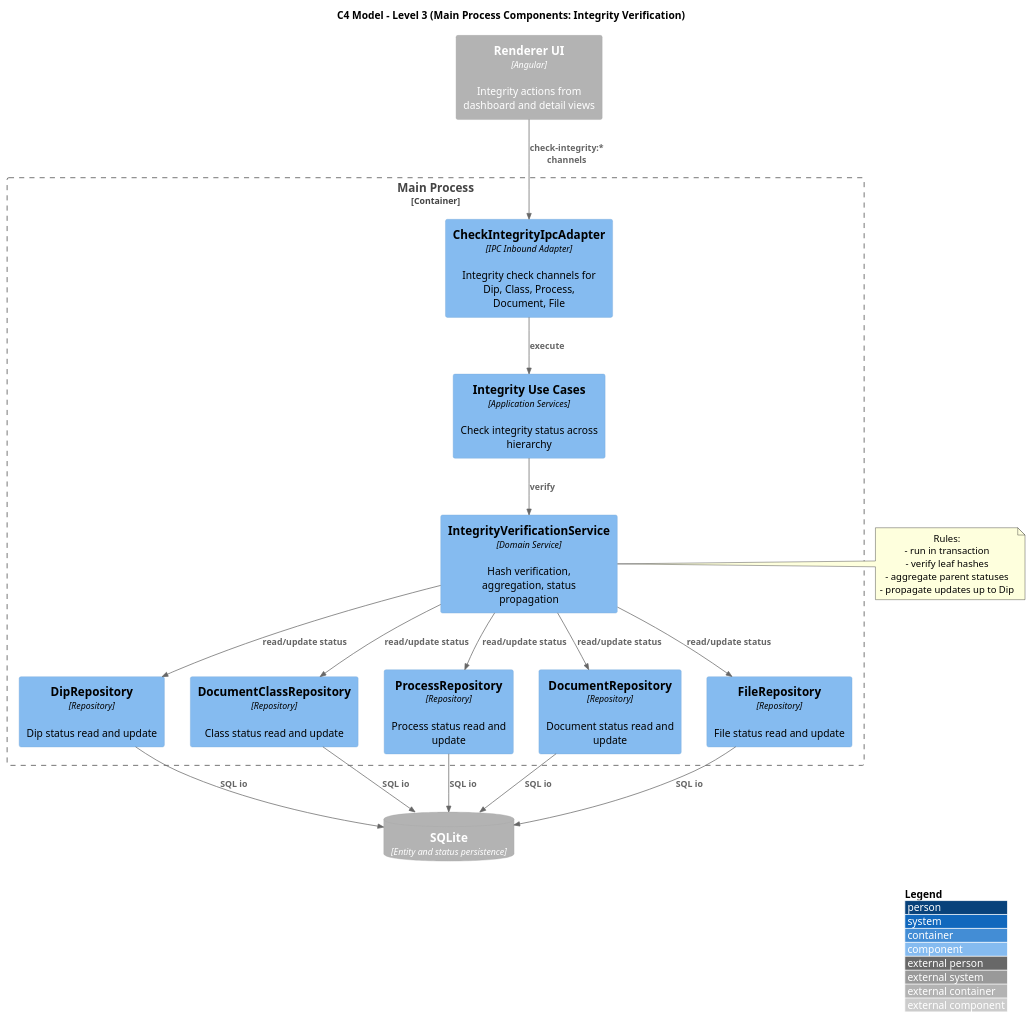
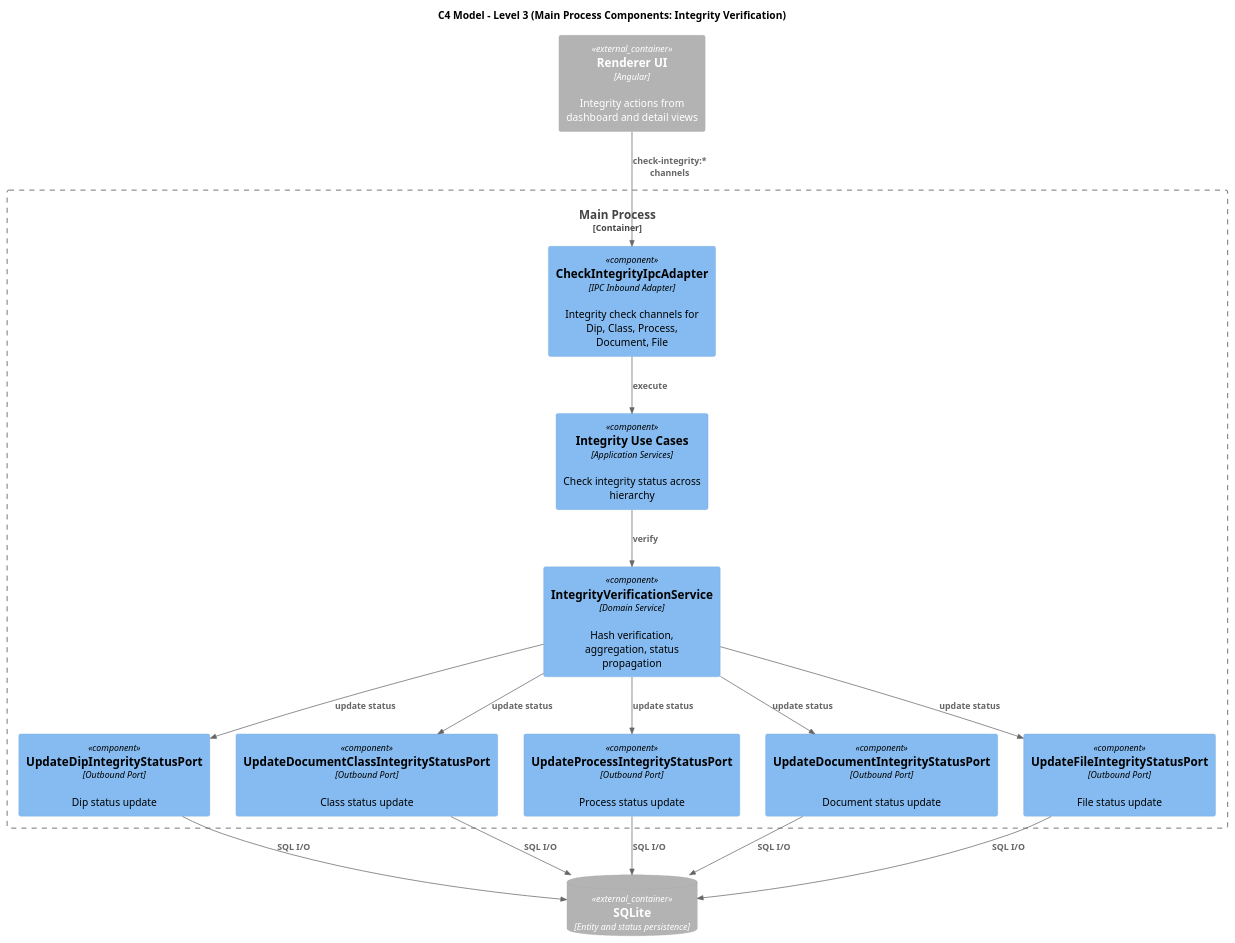
The diagram in 3_PB/DocumentiEsterni/DiagrammiSpecificaTecnica/generated_/architecture/c1-c3/C3-main-integrity-verification.puml (7-ZPUs/Docs), drawn with PlantUML before and after one commit. The commit also changed 8 other files, not shown here.

```diff
--- a/3_PB/DocumentiEsterni/DiagrammiSpecificaTecnica/generated_/architecture/c1-c3/C3-main-integrity-verification.puml
+++ b/3_PB/DocumentiEsterni/DiagrammiSpecificaTecnica/generated_/architecture/c1-c3/C3-main-integrity-verification.puml
@@ -1,47 +1,39 @@
 @startuml C3_Main_Integrity_Verification
 !includeurl https://raw.githubusercontent.com/plantuml-stdlib/C4-PlantUML/master/C4_Component.puml
 
 title C4 Model - Level 3 (Main Process Components: Integrity Verification)
 
-LAYOUT_WITH_LEGEND()
+
 
 Container_Boundary(main_container, "Main Process") {
   Component(integrity_ipc, "CheckIntegrityIpcAdapter", "IPC Inbound Adapter", "Integrity check channels for Dip, Class, Process, Document, File")
   Component(integrity_ucs, "Integrity Use Cases", "Application Services", "Check integrity status across hierarchy")
   Component(integrity_service, "IntegrityVerificationService", "Domain Service", "Hash verification, aggregation, status propagation")
 
-  Component(dip_repo, "DipRepository", "Repository", "Dip status read and update")
-  Component(class_repo, "DocumentClassRepository", "Repository", "Class status read and update")
-  Component(process_repo, "ProcessRepository", "Repository", "Process status read and update")
-  Component(doc_repo, "DocumentRepository", "Repository", "Document status read and update")
-  Component(file_repo, "FileRepository", "Repository", "File status read and update")
+  Component(dip_repo, "UpdateDipIntegrityStatusPort", "Outbound Port", "Dip status update")
+  Component(class_repo, "UpdateDocumentClassIntegrityStatusPort", "Outbound Port", "Class status update")
+  Component(process_repo, "UpdateProcessIntegrityStatusPort", "Outbound Port", "Process status update")
+  Component(doc_repo, "UpdateDocumentIntegrityStatusPort", "Outbound Port", "Document status update")
+  Component(file_repo, "UpdateFileIntegrityStatusPort", "Outbound Port", "File status update")
 }
 
 Container_Ext(renderer, "Renderer UI", "Angular", "Integrity actions from dashboard and detail views")
 ContainerDb_Ext(sqlite, "SQLite", "Entity and status persistence")
 
 Rel(renderer, integrity_ipc, "check-integrity:* channels")
 Rel(integrity_ipc, integrity_ucs, "execute")
 Rel(integrity_ucs, integrity_service, "verify")
 
-Rel(integrity_service, file_repo, "read/update status")
-Rel(integrity_service, doc_repo, "read/update status")
-Rel(integrity_service, process_repo, "read/update status")
-Rel(integrity_service, class_repo, "read/update status")
-Rel(integrity_service, dip_repo, "read/update status")
+Rel(integrity_service, file_repo, "update status")
+Rel(integrity_service, doc_repo, "update status")
+Rel(integrity_service, process_repo, "update status")
+Rel(integrity_service, class_repo, "update status")
+Rel(integrity_service, dip_repo, "update status")
 
-Rel(file_repo, sqlite, "SQL io")
-Rel(doc_repo, sqlite, "SQL io")
-Rel(process_repo, sqlite, "SQL io")
-Rel(class_repo, sqlite, "SQL io")
-Rel(dip_repo, sqlite, "SQL io")
-
-note right of integrity_service
-Rules:
-- run in transaction
-- verify leaf hashes
-- aggregate parent statuses
-- propagate updates up to Dip
-end note
+Rel(file_repo, sqlite, "SQL I/O")
+Rel(doc_repo, sqlite, "SQL I/O")
+Rel(process_repo, sqlite, "SQL I/O")
+Rel(class_repo, sqlite, "SQL I/O")
+Rel(dip_repo, sqlite, "SQL I/O")
 
 @enduml
```
